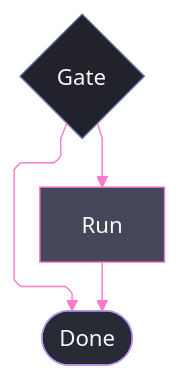
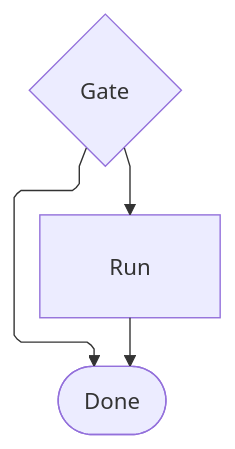
Before and after one commit to bsamiee/Parametric_Forge: the second of 2 diagrams in .claude/skills/mermaid-diagramming/references/config.md, drawn with Mermaid. The commit also changed other lines of this file and 215 other files, not shown here.

````diff
--- a/.claude/skills/mermaid-diagramming/references/config.md
+++ b/.claude/skills/mermaid-diagramming/references/config.md
@@ -77,35 +57,18 @@
 ```mermaid
 ---
 config:
-  theme: base
-  look: classic
   layout: elk
   elk:
     nodePlacementStrategy: BRANDES_KOEPF
     cycleBreakingStrategy: GREEDY
   flowchart:
     curve: linear
-  themeVariables:
-    darkMode: true
-    fontFamily: "SF Mono, Menlo, Cascadia Mono, Segoe UI Mono, Consolas, monospace"
-    useGradient: false
-    dropShadow: "none"
-    mainBkg: "#44475A"
-    nodeBorder: "#BD93F9"
-    lineColor: "#FF79C6"
-    textColor: "#F8F8F2"
-  themeCSS: ".nodeLabel{font-size:13px;font-weight:500}.edgeLabel{font-size:12px;font-weight:500}.edge-thickness-normal{stroke-width:2px}.edge-thickness-thick{stroke-width:3px}.edge-pattern-dashed,.edge-pattern-dotted{stroke-width:1.5px;stroke-dasharray:4 6}.node rect,.node circle,.node polygon,.node path,.node .outer-path{stroke-width:1.5px;filter:none!important}.marker path{transform:scale(.8);transform-origin:5px 5px}.marker circle{transform:scale(.48);transform-origin:5px 5px}.edgeLabel rect{transform-box:fill-box;transform-origin:center;transform:scale(1.1,1.2)}"
+    padding: 25
 ---
 flowchart TD
   accTitle: ELK layout demo
   accDescr: A gate fanning to a run stage and a shared terminal under an explicit ELK placement strategy.
   Gate{Gate} --> Run[Run]
   Run --> Done([Done])
   Gate --> Done
-  classDef primary fill:#44475A,stroke:#FF79C6,color:#F8F8F2
-  classDef boundary fill:#282A36,stroke:#BD93F9,color:#F8F8F2
-  classDef recessed fill:#21222C,stroke:#6272A4,color:#F8F8F2
-  class Gate recessed
-  class Run primary
-  class Done boundary
 ```
````
